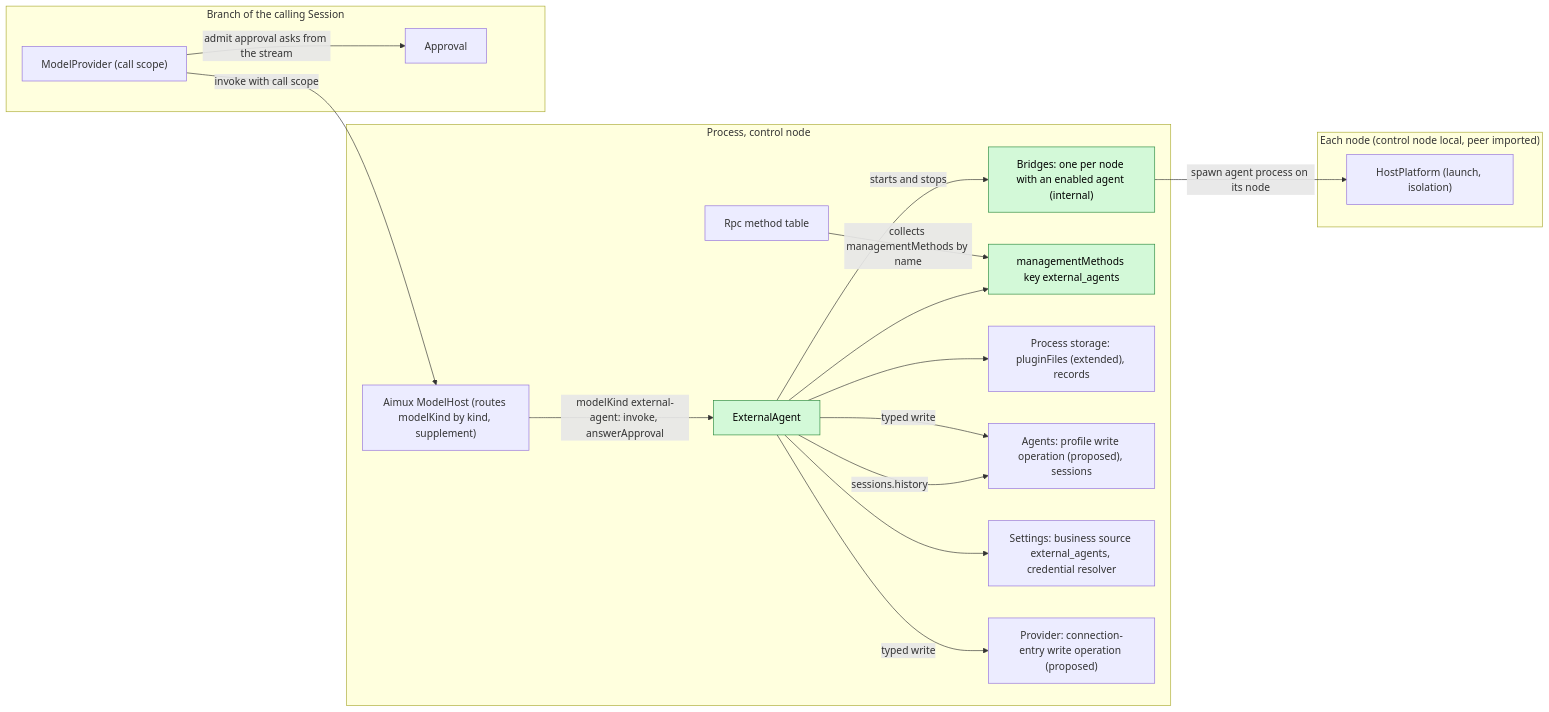
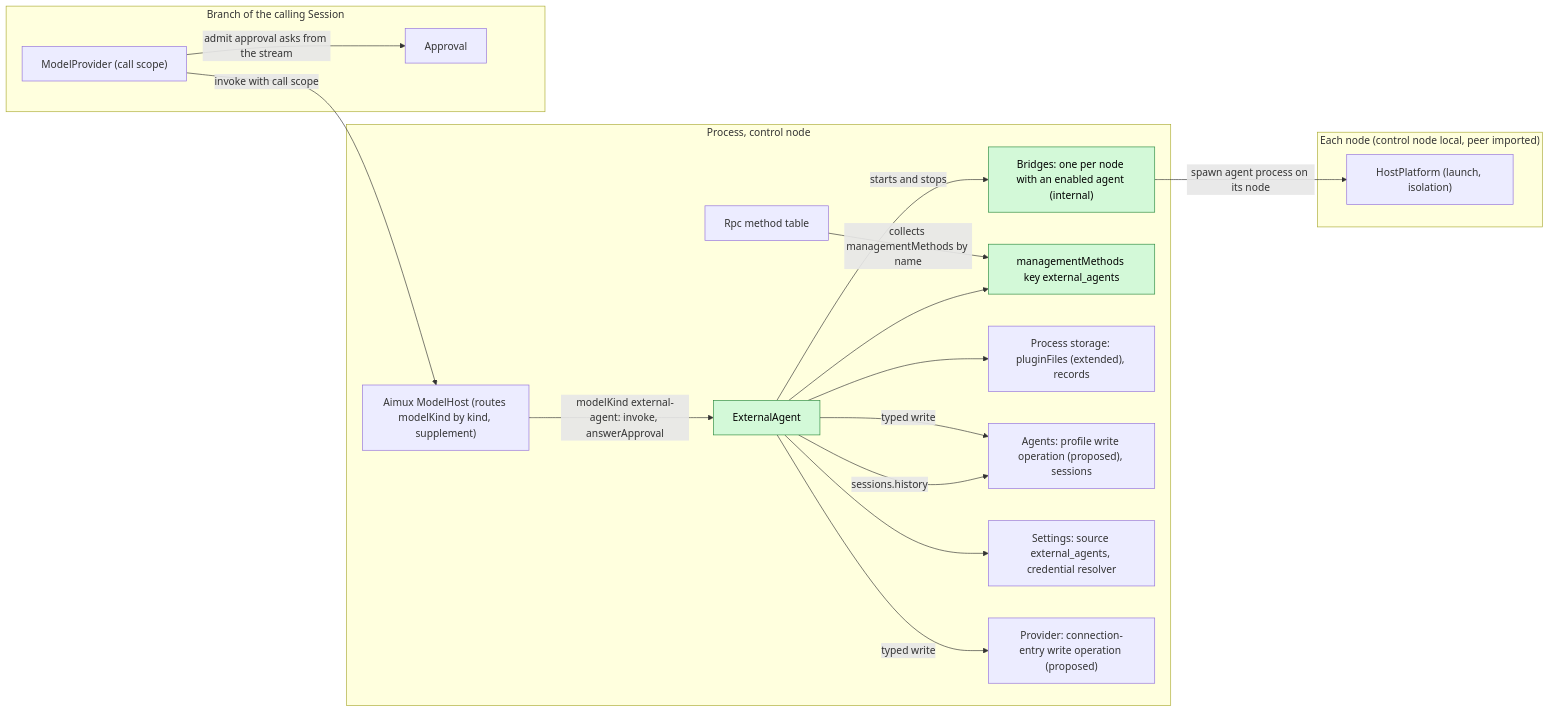
Before and after one commit to CoutinhoTTS/dim-agent: the first of 5 diagrams in docs/design/plugins/ExternalAgent.md, drawn with Mermaid. The commit also changed other lines of this file and 27 other files, not shown here.

````diff
--- a/docs/design/plugins/ExternalAgent.md
+++ b/docs/design/plugins/ExternalAgent.md
@@ -11,34 +11,34 @@
 ```mermaid
 flowchart LR
   classDef new fill:#d3f9d8,stroke:#2b8a3e,color:#000
   subgraph proc["Process, control node"]
     EA["ExternalAgent"]:::new
     Bridge["Bridges: one per node with an enabled agent (internal)"]:::new
     MM["managementMethods key external_agents"]:::new
     Aimux["Aimux ModelHost (routes modelKind by kind, supplement)"]
     Rpc["Rpc method table"]
     Store["Process storage: pluginFiles (extended), records"]
     Agents["Agents: profile write operation (proposed), sessions"]
-    Settings["Settings: business source external_agents, credential resolver"]
+    Settings["Settings: source external_agents, credential resolver"]
     Provider["Provider: connection-entry write operation (proposed)"]
   end
   subgraph node["Each node (control node local, peer imported)"]
     HP["HostPlatform (launch, isolation)"]
   end
   subgraph branch["Branch of the calling Session"]
     MP["ModelProvider (call scope)"]
     Appr["Approval"]
   end
   EA --> MM
   Rpc -->|"collects managementMethods by name"| MM
   MP -->|"invoke with call scope"| Aimux
   Aimux -->|"modelKind external-agent: invoke, answerApproval"| EA
   MP -->|"admit approval asks from the stream"| Appr
   EA -->|"sessions.history"| Agents
   EA --> Store
   EA --> Settings
   EA -->|"typed write"| Provider
   EA -->|"typed write"| Agents
   EA -->|"starts and stops"| Bridge
   Bridge -->|"spawn agent process on its node"| HP
 ```
````
